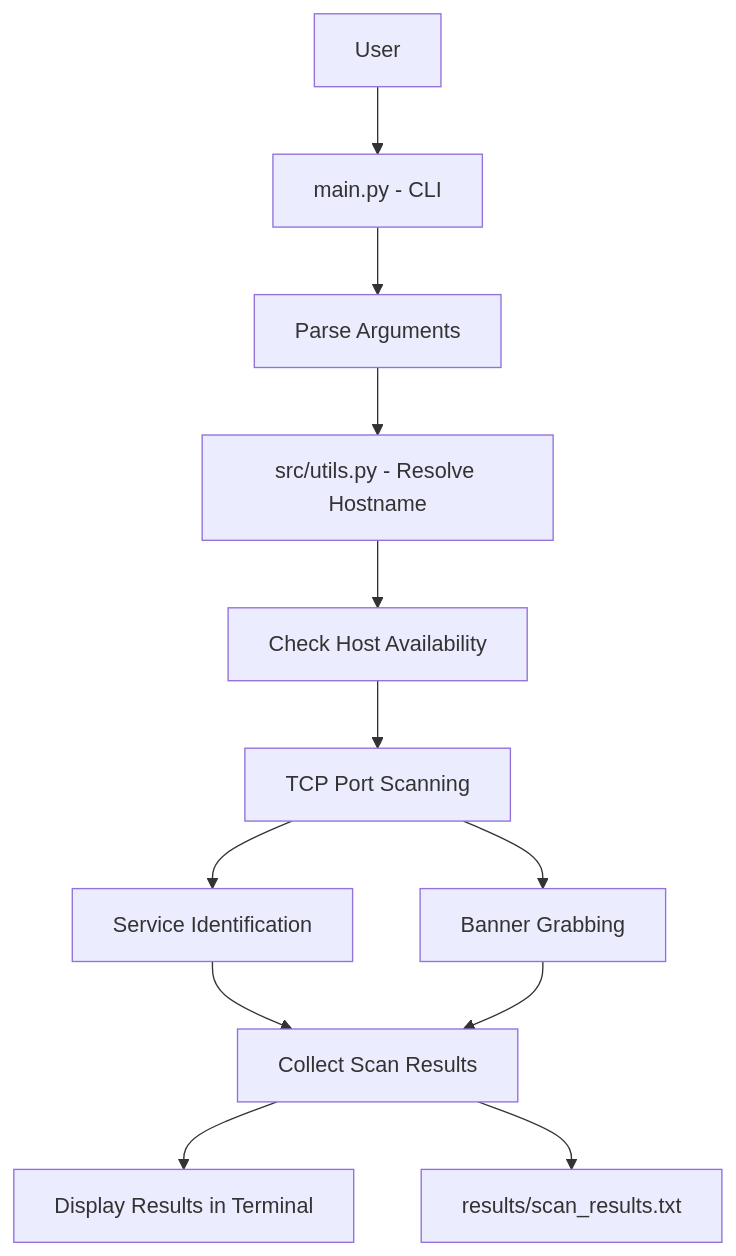
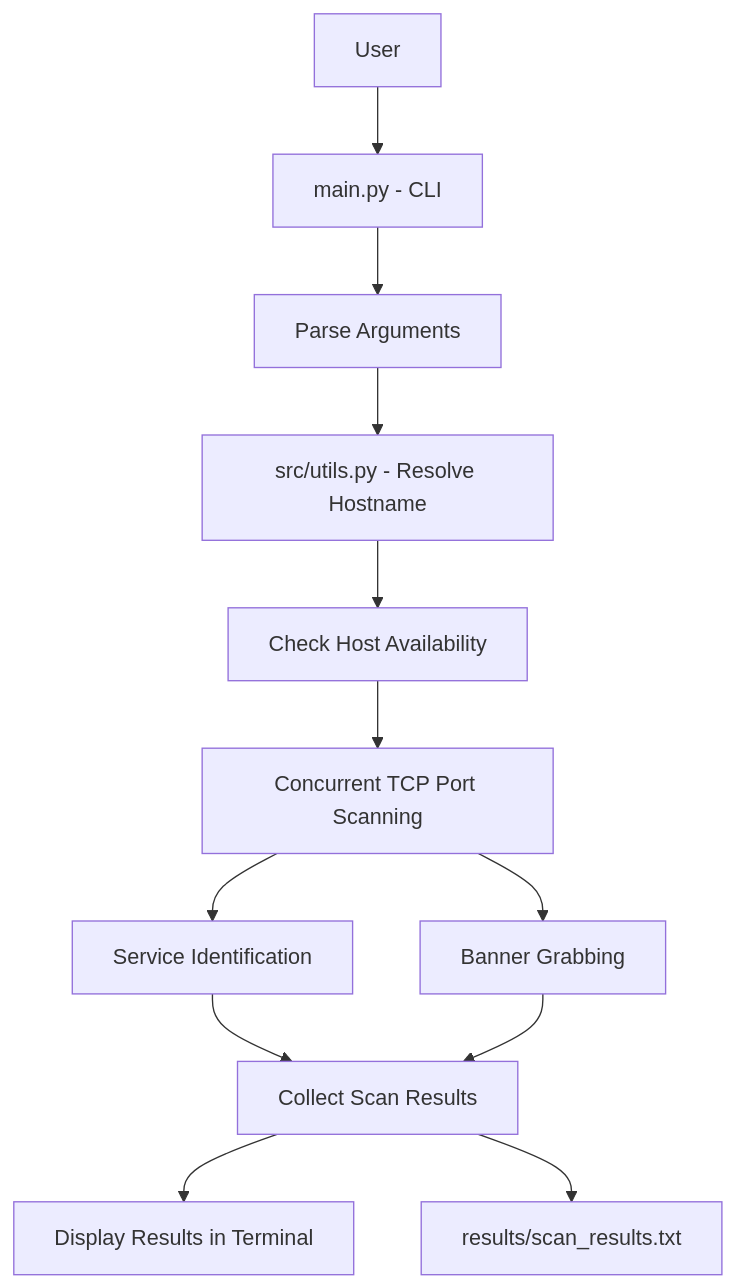
Before and after one commit to Joyatosh-sinha/network-scanner: the diagram in README.md, drawn with Mermaid. The commit also changed other lines of this file and 1 other file, not shown here.

````diff
--- a/README.md
+++ b/README.md
@@ -25,14 +27,14 @@
 ```mermaid
 flowchart TD
     A["User"] --> B["main.py - CLI"]
     B --> C["Parse Arguments"]
     C --> D["src/utils.py - Resolve Hostname"]
     D --> E["Check Host Availability"]
-    E --> F["TCP Port Scanning"]
+    E --> F["Concurrent TCP Port Scanning"]
     F --> G["Service Identification"]
     F --> H["Banner Grabbing"]
     G --> I["Collect Scan Results"]
     H --> I
     I --> J["Display Results in Terminal"]
     I --> K["results/scan_results.txt"]
 ```
````
